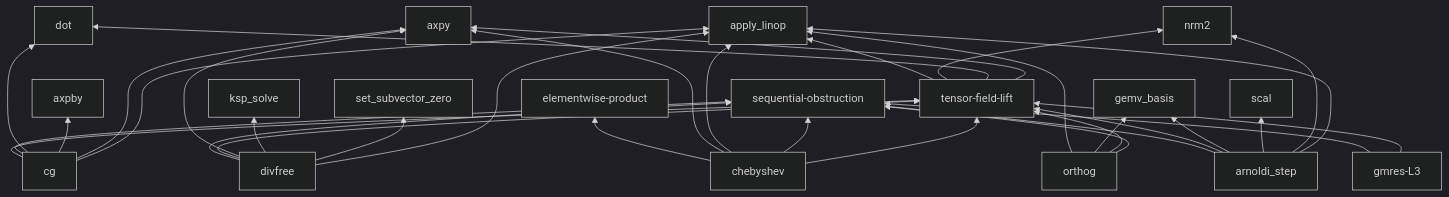
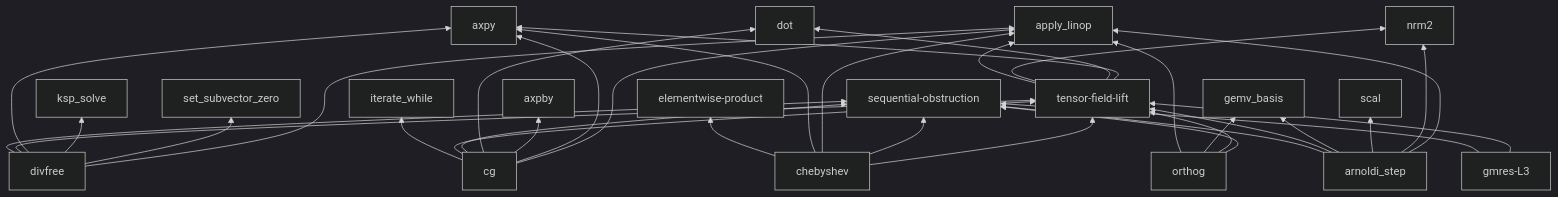
The fifth of 6 diagrams in book/src/concepts/dependency-map.md (crutcher/palace_whiteroom), drawn with Mermaid (dark theme) before and after one commit. The commit also changed 4 other files, not shown here.

````diff
--- a/book/src/concepts/dependency-map.md
+++ b/book/src/concepts/dependency-map.md
@@ -226,36 +226,37 @@
 ```mermaid
 graph BT
   tensor-field-lift --> axpy
   tensor-field-lift --> dot
   tensor-field-lift --> nrm2
   tensor-field-lift --> apply_linop
   gmres-L3 --> tensor-field-lift
   gmres-L3 --> sequential-obstruction
   divfree --> apply_linop
   divfree --> set_subvector_zero
   divfree --> ksp_solve
   divfree --> axpy
   divfree --> tensor-field-lift
   divfree --> sequential-obstruction
   orthog --> sequential-obstruction
   orthog --> tensor-field-lift
   orthog --> gemv_basis
   orthog --> apply_linop
   chebyshev --> tensor-field-lift
   chebyshev --> sequential-obstruction
   chebyshev --> apply_linop
   chebyshev --> axpy
   chebyshev --> elementwise-product
   cg --> apply_linop
   cg --> axpy
   cg --> axpby
   cg --> dot
   cg --> sequential-obstruction
   cg --> tensor-field-lift
   arnoldi_step --> apply_linop
   arnoldi_step --> nrm2
   arnoldi_step --> scal
   arnoldi_step --> gemv_basis
   arnoldi_step --> tensor-field-lift
   arnoldi_step --> sequential-obstruction
+  cg --> iterate_while
 ```
````
